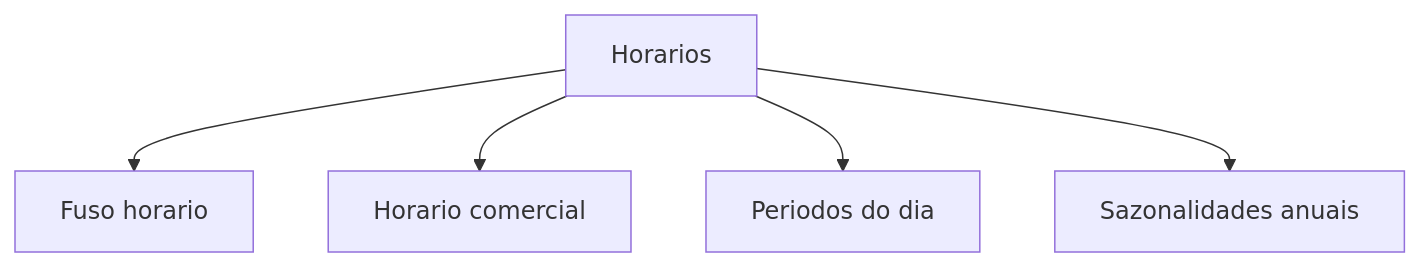
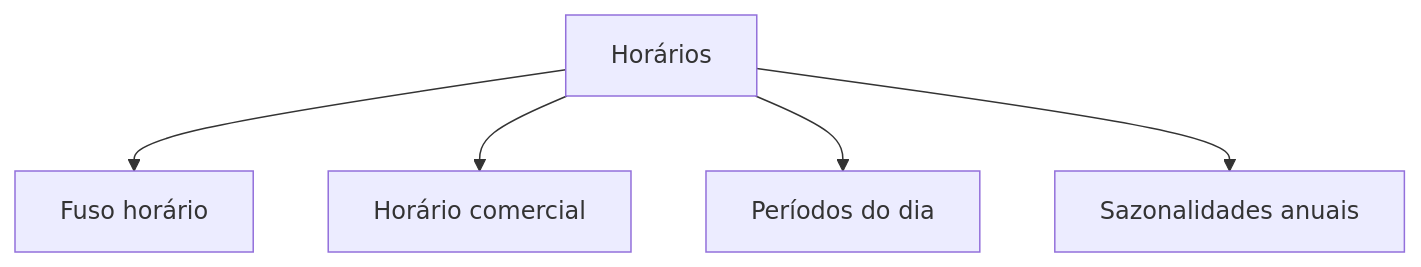
The diagram in configuracoes/horarios-e-sazonalidades.md (LocFlowTeam/locflow-docs), drawn with Mermaid before and after one commit. The commit also changed 26 other files, not shown here.

````diff
--- a/configuracoes/horarios-e-sazonalidades.md
+++ b/configuracoes/horarios-e-sazonalidades.md
@@ -16,7 +16,7 @@
 ```mermaid
 flowchart TD
-    H[Horarios] --> F[Fuso horario]
-    H --> C[Horario comercial]
-    H --> P[Periodos do dia]
+    H[Horários] --> F[Fuso horário]
+    H --> C[Horário comercial]
+    H --> P[Períodos do dia]
     H --> S[Sazonalidades anuais]
 ```
````
